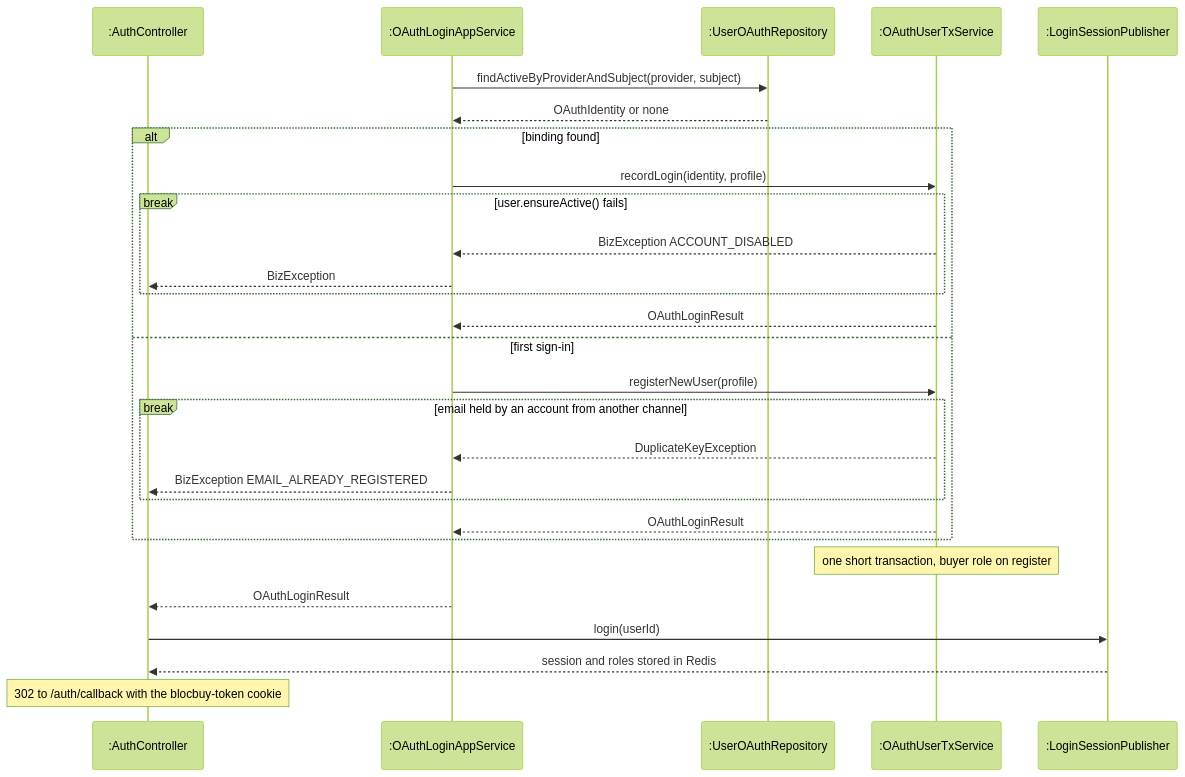
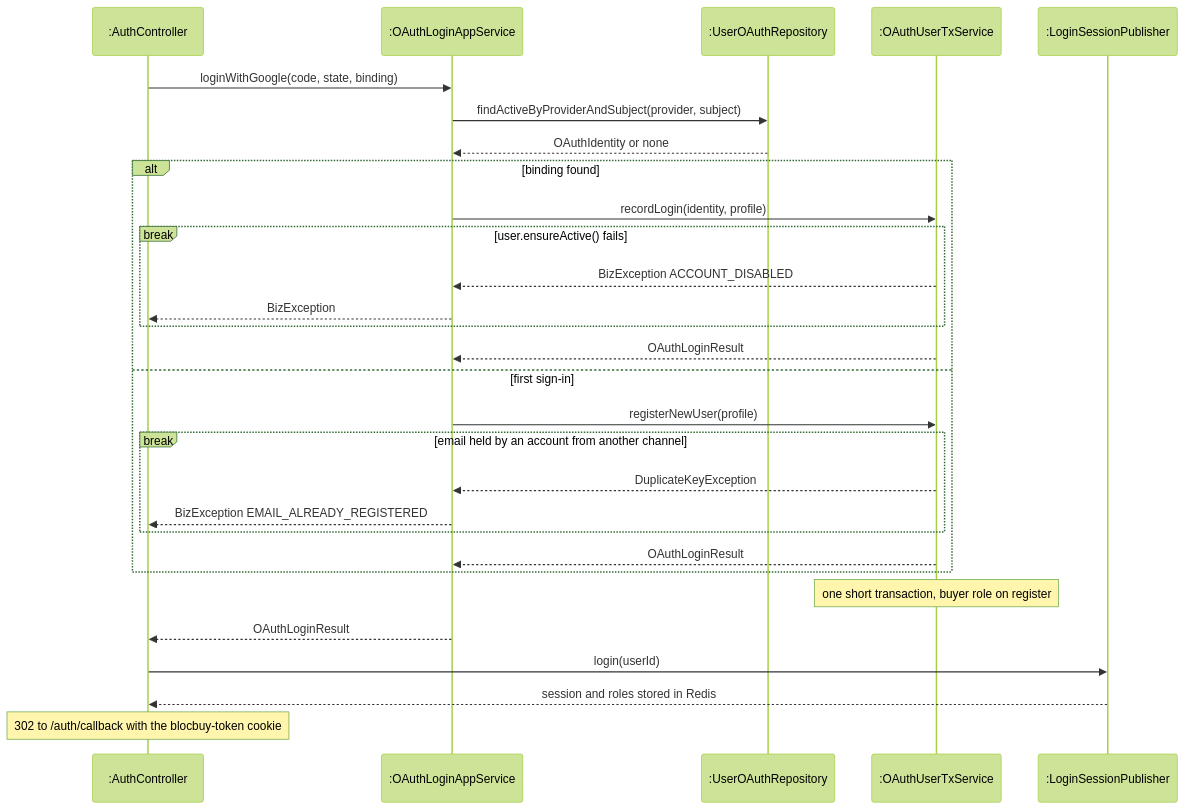
Before and after one commit to PPsyrius/iss-groupbuy-team8: diagram 16 of 18 in docs/swe5006/report/sections/03-4-3-pan.md, drawn with Mermaid (forest theme).

Commit message:
docs(report): Figure 3.73 opens with the controller's loginWithGoogle call, so the controller has a bar at 3.4.3 D (#463) [owner: Pan]
The figure began with the application service's first query, and the
controller was never called in it. The controller therefore had no
bar: OAuthLoginResult arrived at a bare lifeline, and login(userId) left
one. The figure now opens with the call that Figure 3.72 makes and this
figure continues, loginWithGoogle(code, state, binding), with the same
label as in Figure 3.72.

The controller's callback calls
oAuthLoginAppService.loginWithGoogle(code, state, stateBinding)
(backend/blocbuy-adapter/src/main/java/com/blocbuy/identity/web/AuthController.java:170@6d14e449),
declared as OAuthLoginResult loginWithGoogle(String code, String state,
String stateBinding)
(backend/blocbuy-application/src/main/java/com/blocbuy/identity/service/OAuthLoginAppService.java:26@6d14e449).

Owner: Pan

Evidence-skipped: report figure; the sprint log entry of this PR covers it
Claude-Session: https://claude.ai/code/session_01JW6rqhVURQAqLAddc56V99

````diff
--- a/docs/swe5006/report/sections/03-4-3-pan.md
+++ b/docs/swe5006/report/sections/03-4-3-pan.md
@@ -694,30 +694,31 @@
 ```mermaid
 sequenceDiagram
     participant AC as :AuthController
     participant LS as :OAuthLoginAppService
     participant UO as :UserOAuthRepository
     participant TX as :OAuthUserTxService
     participant PB as :LoginSessionPublisher
+    AC->>LS: loginWithGoogle(code, state, binding)
     LS->>UO: findActiveByProviderAndSubject(provider, subject)
     UO-->>LS: OAuthIdentity or none
     alt binding found
         LS->>TX: recordLogin(identity, profile)
         break user.ensureActive() fails
             TX-->>LS: BizException ACCOUNT_DISABLED
             LS-->>AC: BizException
         end
         TX-->>LS: OAuthLoginResult
     else first sign-in
         LS->>TX: registerNewUser(profile)
         break email held by an account from another channel
             TX-->>LS: DuplicateKeyException
             LS-->>AC: BizException EMAIL_ALREADY_REGISTERED
         end
         TX-->>LS: OAuthLoginResult
     end
     Note over TX: one short transaction, buyer role on register
     LS-->>AC: OAuthLoginResult
     AC->>PB: login(userId)
     PB-->>AC: session and roles stored in Redis
     Note over AC: 302 to /auth/callback with the blocbuy-token cookie
 ```
````
